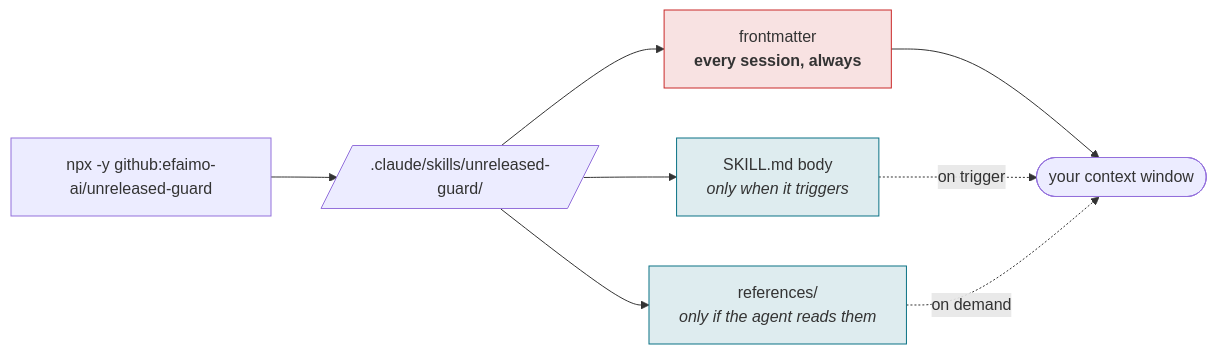
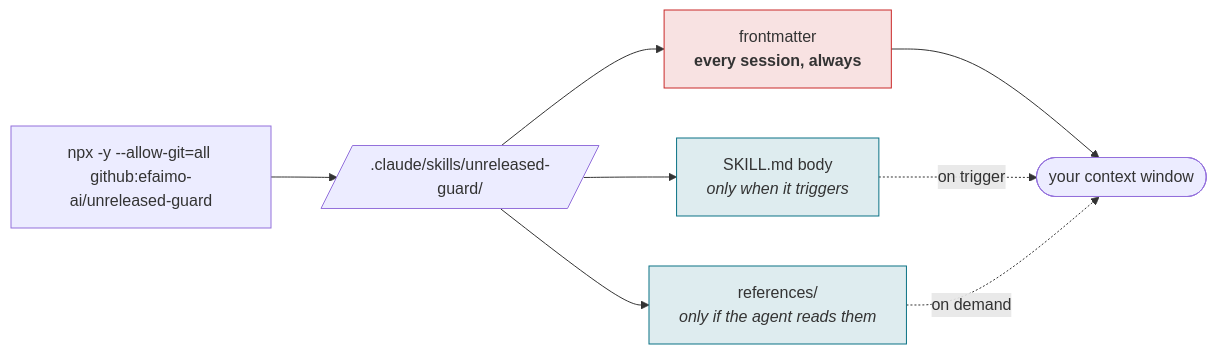
One commit to efaimo-ai/unreleased-guard changed the second of 3 diagrams in README.md. Above: the diagram before and after it, drawn with Mermaid. The commit also changed other lines of this file, not shown here.

````diff
--- a/README.md
+++ b/README.md
@@ -124,14 +135,14 @@
 ```mermaid
 flowchart LR
-    N["npx -y github:efaimo-ai/unreleased-guard"] --> D[/".claude/skills/unreleased-guard/"/]
+    N["npx -y --allow-git=all github:efaimo-ai/unreleased-guard"] --> D[/".claude/skills/unreleased-guard/"/]
     D --> M["frontmatter<br/><b>every session, always</b>"]
     D --> B["SKILL.md body<br/><i>only when it triggers</i>"]
     D --> R["references/<br/><i>only if the agent reads them</i>"]
     M --> S(["your context window"])
     B -.->|"on trigger"| S
     R -.->|"on demand"| S
     classDef always fill:#c9282822,stroke:#c92828,stroke-width:1px;
     classDef lazy fill:#0b728522,stroke:#0b7285,stroke-width:1px;
     class M always;
     class B,R lazy;
 ```
````
